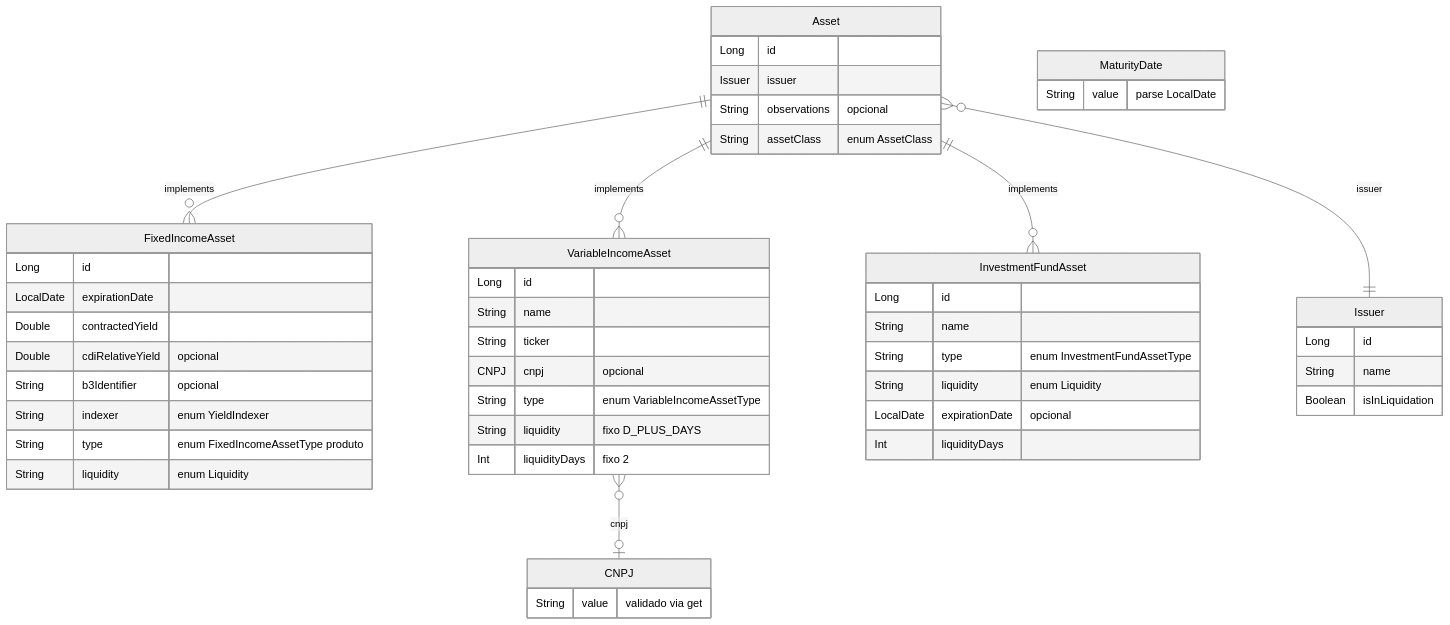
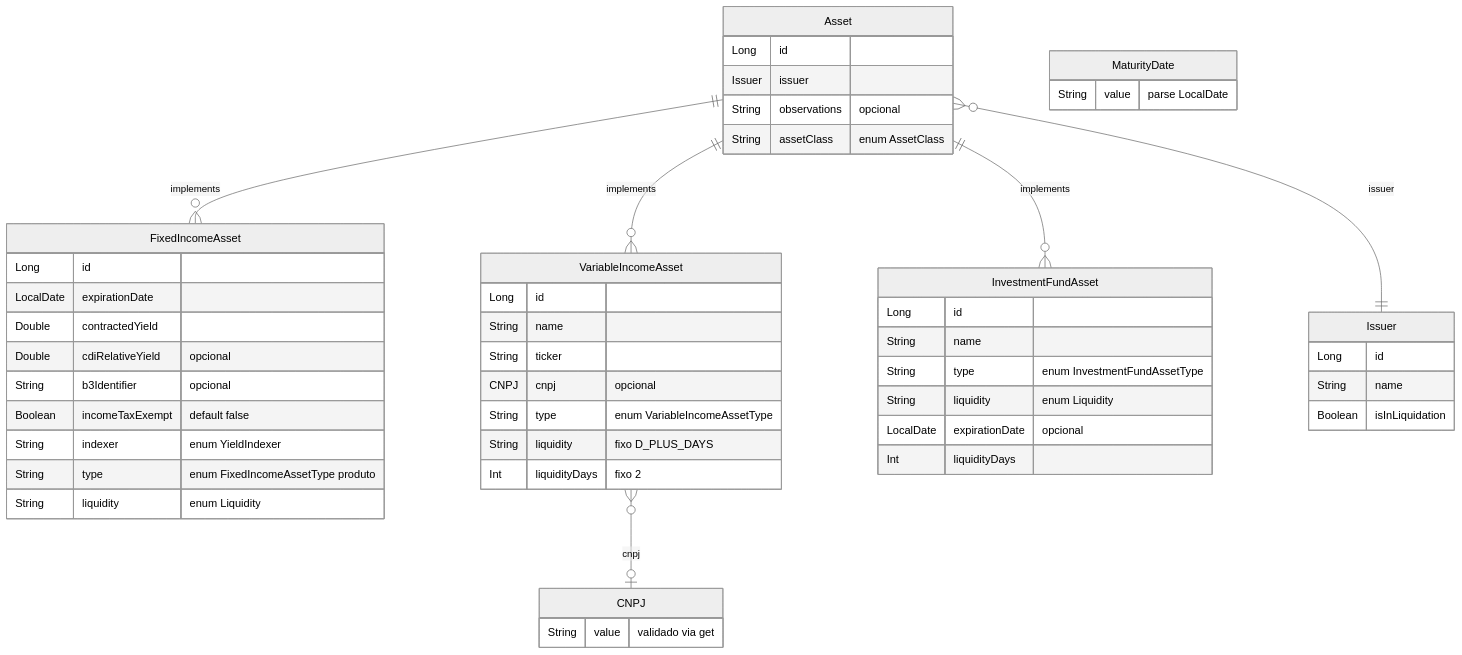
Before and after one commit to enirsilvaferraz/Investments-KMP: the first of 5 diagrams in core/domain/entity/docs/DOMAIN.md, drawn with Mermaid (neutral theme). The commit also changed other lines of this file and 22 other files, not shown here.

````diff
--- a/core/domain/entity/docs/DOMAIN.md
+++ b/core/domain/entity/docs/DOMAIN.md
@@ -111,52 +112,53 @@
 ```mermaid
 erDiagram
     Asset {
         Long id
         Issuer issuer
         String observations "opcional"
         String assetClass "enum AssetClass"
     }
     FixedIncomeAsset {
         Long id
         LocalDate expirationDate
         Double contractedYield
         Double cdiRelativeYield "opcional"
         String b3Identifier "opcional"
+        Boolean incomeTaxExempt "default false"
         String indexer "enum YieldIndexer"
         String type "enum FixedIncomeAssetType produto"
         String liquidity "enum Liquidity"
     }
     VariableIncomeAsset {
         Long id
         String name
         String ticker
         CNPJ cnpj "opcional"
         String type "enum VariableIncomeAssetType"
         String liquidity "fixo D_PLUS_DAYS"
         Int liquidityDays "fixo 2"
     }
     InvestmentFundAsset {
         Long id
         String name
         String type "enum InvestmentFundAssetType"
         String liquidity "enum Liquidity"
         LocalDate expirationDate "opcional"
         Int liquidityDays
     }
     Issuer {
         Long id
         String name
         Boolean isInLiquidation
     }
     CNPJ {
         String value "validado via get"
     }
     MaturityDate {
         String value "parse LocalDate"
     }
     Asset ||--o{ FixedIncomeAsset : "implements"
     Asset ||--o{ VariableIncomeAsset : "implements"
     Asset ||--o{ InvestmentFundAsset : "implements"
     Asset }o--|| Issuer : "issuer"
     VariableIncomeAsset }o--o| CNPJ : "cnpj"
 ```
````
